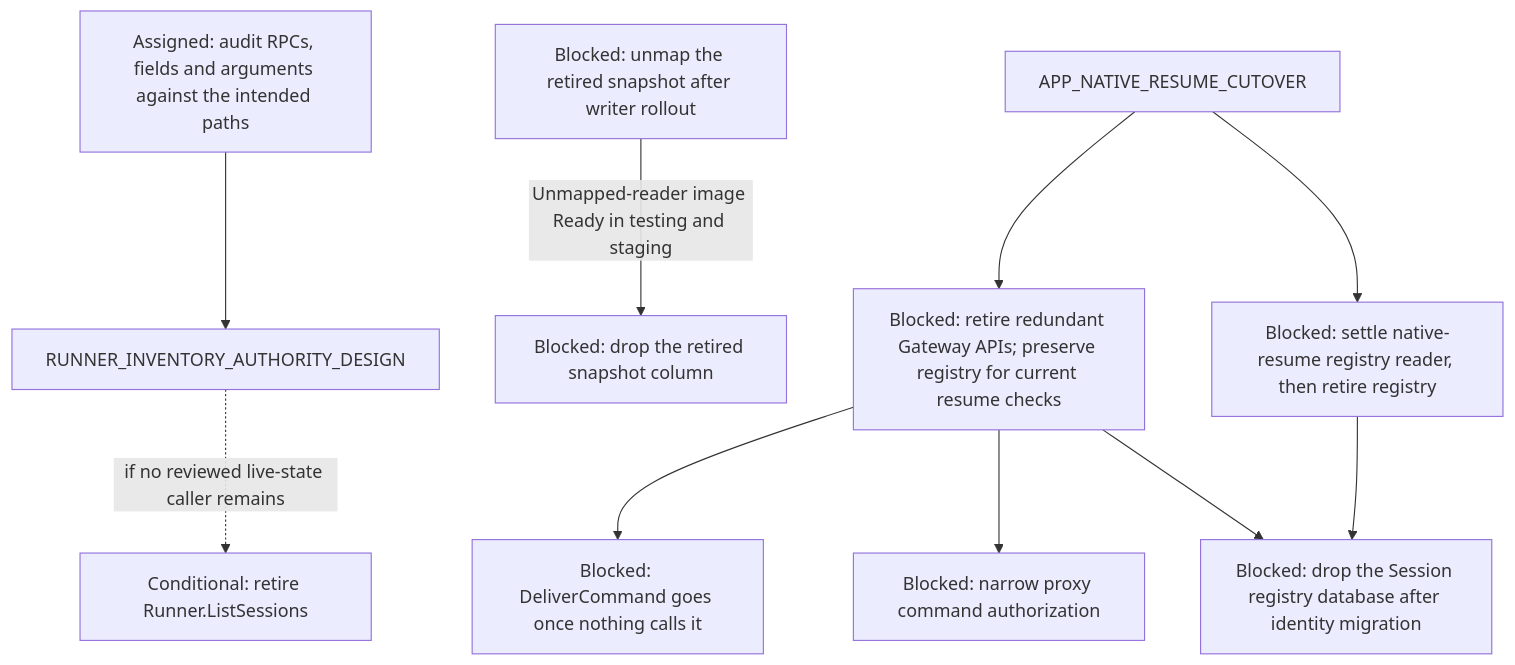
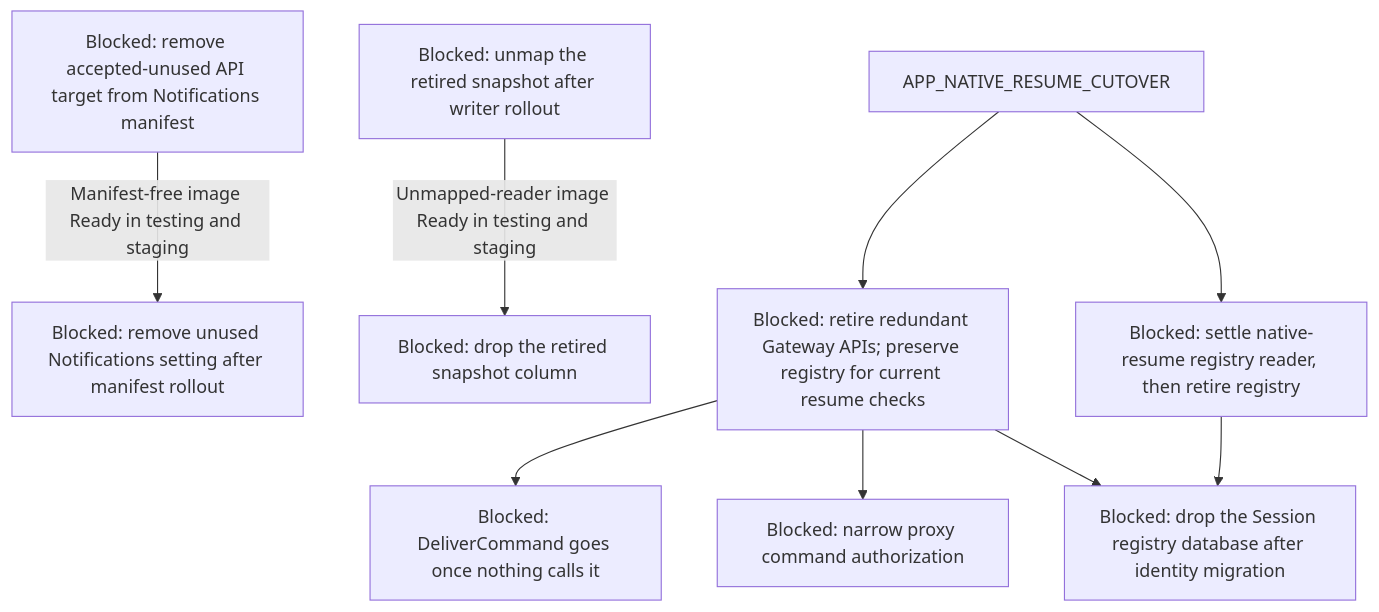
Before and after one commit to agentydragon-agent/ducktape: diagram 15 of 17 in agentplane/plans/task_dag.md, drawn with Mermaid. The commit also changed other lines of this file and 2 other files, not shown here.

First line of the commit message:
Complete Agentplane control-surface audit and prune stale DAG nodes (#10701)

````diff
--- a/agentplane/plans/task_dag.md
+++ b/agentplane/plans/task_dag.md
@@ -1312,19 +1312,19 @@
 ```mermaid
 flowchart TD
     RUNNER_COMMAND_RPCS[Blocked: DeliverCommand goes once nothing calls it]
-    CONTROL_SURFACE_RETIREMENT_AUDIT[Assigned: audit RPCs, fields and arguments against the intended paths]
-    CONTROL_SURFACE_RETIREMENT_AUDIT --> RUNNER_INVENTORY_AUTHORITY_DESIGN
-    RUNNER_INVENTORY_AUTHORITY_DESIGN -. if no reviewed live-state caller remains .-> RUNNER_LIST_SESSIONS_RETIRE[Conditional: retire Runner.ListSessions]
+    NOTIFICATION_GATEWAY_TARGET_MANIFEST_RETIRE[Blocked: remove accepted-unused API target from Notifications manifest]
+    NOTIFICATION_GATEWAY_TARGET_READER_RETIRE[Blocked: remove unused Notifications setting after manifest rollout]
+    NOTIFICATION_GATEWAY_TARGET_MANIFEST_RETIRE -->|Manifest-free image Ready in testing and staging| NOTIFICATION_GATEWAY_TARGET_READER_RETIRE
     DISPATCHER_OPENING_ATTACHED_READ_RETIRE[Blocked: unmap the retired snapshot after writer rollout]
     DISPATCHER_OPENING_ATTACHED_READ_RETIRE -->|Unmapped-reader image Ready in testing and staging| DISPATCHER_OPENING_ATTACHED_COLUMN_DROP[Blocked: drop the retired snapshot column]
     GATEWAY_WRAPPER_RETIRE --> RUNNER_COMMAND_RPCS
     GATEWAY_WRAPPER_RETIRE[Blocked: retire redundant Gateway APIs; preserve registry for current resume checks]
     APP_NATIVE_RESUME_CUTOVER --> GATEWAY_WRAPPER_RETIRE
     GATEWAY_DATABASE_DROP[Blocked: drop the Session registry database after identity migration]
     PROXY_START_METHODS_DISPATCHER_ONLY[Blocked: narrow proxy command authorization]
     GATEWAY_WRAPPER_RETIRE --> PROXY_START_METHODS_DISPATCHER_ONLY
     GATEWAY_WRAPPER_RETIRE --> GATEWAY_DATABASE_DROP
     GATEWAY_SESSION_REGISTRY_RETIRE[Blocked: settle native-resume registry reader, then retire registry]
     APP_NATIVE_RESUME_CUTOVER --> GATEWAY_SESSION_REGISTRY_RETIRE
     GATEWAY_SESSION_REGISTRY_RETIRE --> GATEWAY_DATABASE_DROP
 ```
````
